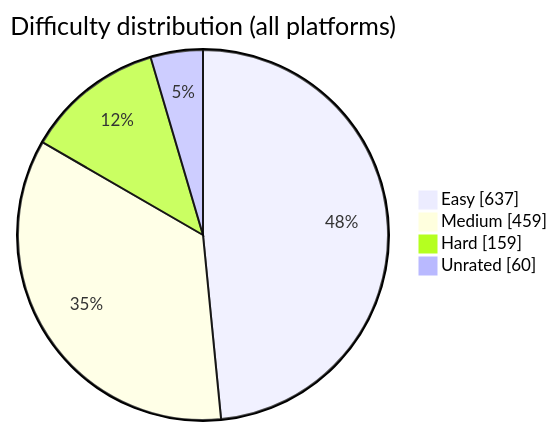
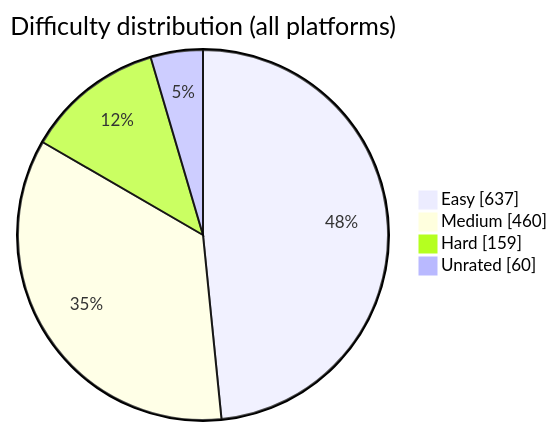
The diagram in README.md (BuildbyArindam/Daily-Coding-Log), drawn with Mermaid before and after one commit. The commit also changed other lines of this file, not shown here.

````diff
--- a/README.md
+++ b/README.md
@@ -93,7 +93,7 @@
 ```mermaid
 pie showData title Difficulty distribution (all platforms)
     "Easy" : 637
-    "Medium" : 459
+    "Medium" : 460
     "Hard" : 159
     "Unrated" : 60
 ```
````
